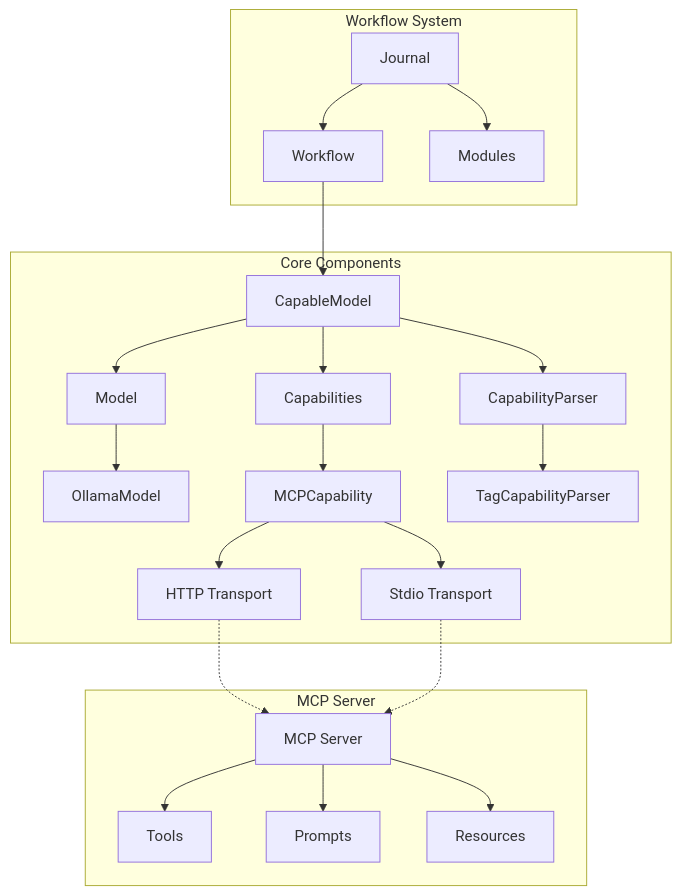
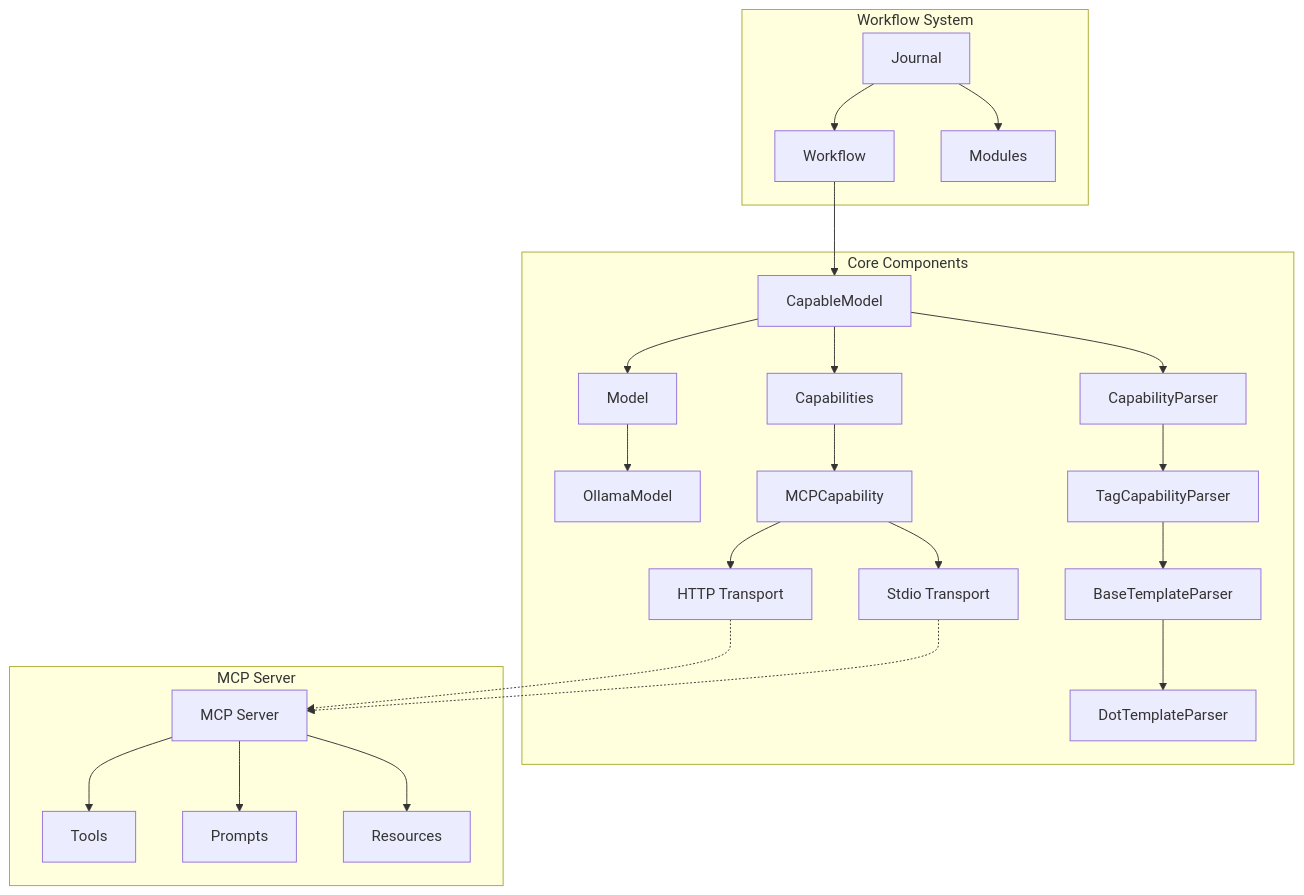
Before and after one commit to liamzdenek/ferment-ai: the first of 2 diagrams in README.md, drawn with Mermaid. The commit also changed other lines of this file and 14 other files, not shown here.

Commit message:
feat: BaseTemplateParser

````diff
--- a/README.md
+++ b/README.md
@@ -63,35 +63,38 @@
 ```mermaid
 graph TD
     subgraph "Core Components"
         CapableModel[CapableModel] --> BaseModel[Model]
         CapableModel --> Capabilities[Capabilities]
         CapableModel --> Parser[CapabilityParser]
         
         BaseModel --> OllamaModel[OllamaModel]
         Capabilities --> MCPCapability[MCPCapability]
         Parser --> TagCapabilityParser[TagCapabilityParser]
+        
+        TagCapabilityParser --> BaseTemplateParser[BaseTemplateParser]
+        BaseTemplateParser --> DotTemplateParser[DotTemplateParser]
         
         MCPCapability --> HTTPTransport[HTTP Transport]
         MCPCapability --> StdioTransport[Stdio Transport]
     end
     
     subgraph "Workflow System"
         Workflow[Workflow] --> CapableModel
         Journal[Journal] --> Workflow
         Journal --> Modules[Modules]
     end
     
     subgraph "MCP Server"
         MCPServer[MCP Server]
         Tools[Tools]
         Prompts[Prompts]
         Resources[Resources]
         
         MCPServer --> Tools
         MCPServer --> Prompts
         MCPServer --> Resources
     end
     
     HTTPTransport -.-> MCPServer
     StdioTransport -.-> MCPServer
 ```
````
